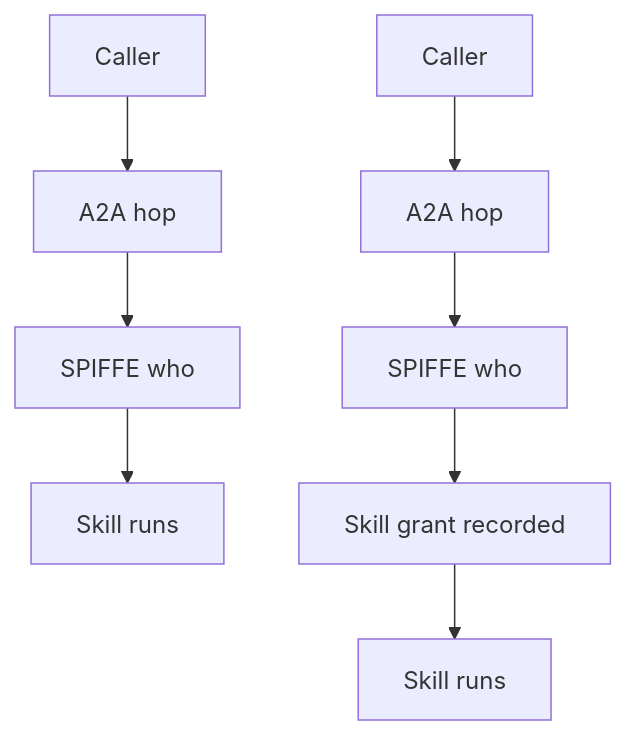
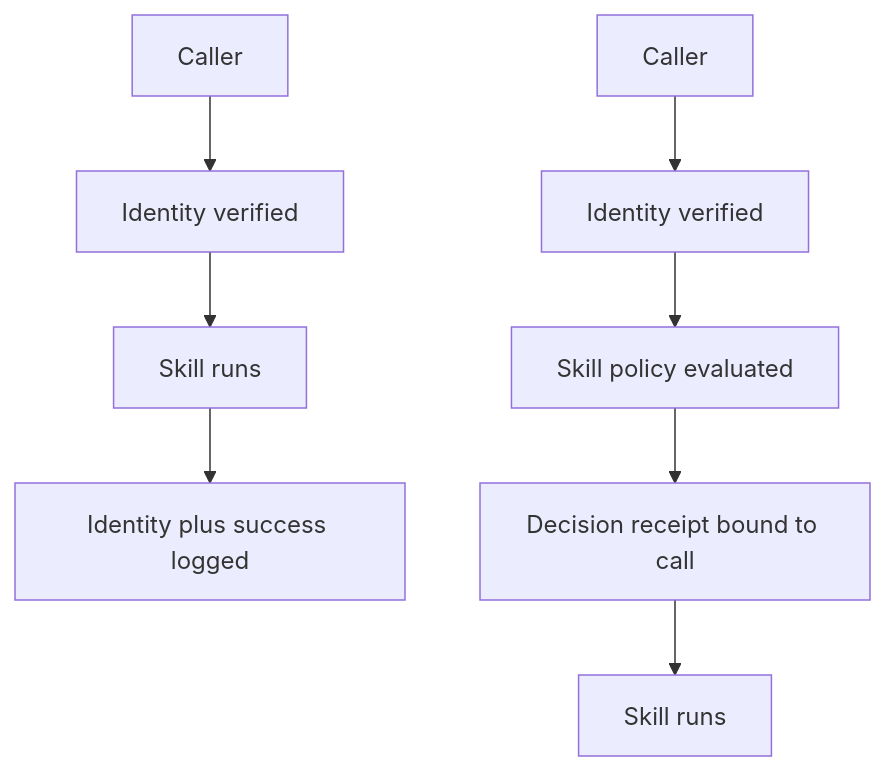
The diagram in src/content/posts/a2a-without-a-receipt.md (amoranio/Brief), drawn with Mermaid before and after one commit. The commit also changed other lines of this file and 1 other file, not shown here.

Commit message:
Edit A2A authorization receipt coverage

````diff
--- a/src/content/posts/a2a-without-a-receipt.md
+++ b/src/content/posts/a2a-without-a-receipt.md
@@ -24,11 +27,11 @@
 ```mermaid
-%% caption: Top path is identity only then skill; bottom path records a skill grant on the hop first
+%% caption: Top path records identity and execution but loses the authorization decision; bottom path binds a server-side decision receipt to the skill call before dispatch
 flowchart TD
-  a1[Caller] --> h1[A2A hop]
-  h1 --> i1[SPIFFE who]
+  a1[Caller] --> i1[Identity verified]
   i1 --> s1[Skill runs]
-  a2[Caller] --> h2[A2A hop]
-  h2 --> i2[SPIFFE who]
-  i2 --> g2[Skill grant recorded]
-  g2 --> s2[Skill runs]
+  s1 --> l1[Identity plus success logged]
+  a2[Caller] --> i2[Identity verified]
+  i2 --> p2[Skill policy evaluated]
+  p2 --> r2[Decision receipt bound to call]
+  r2 --> s2[Skill runs]
 ```
````
